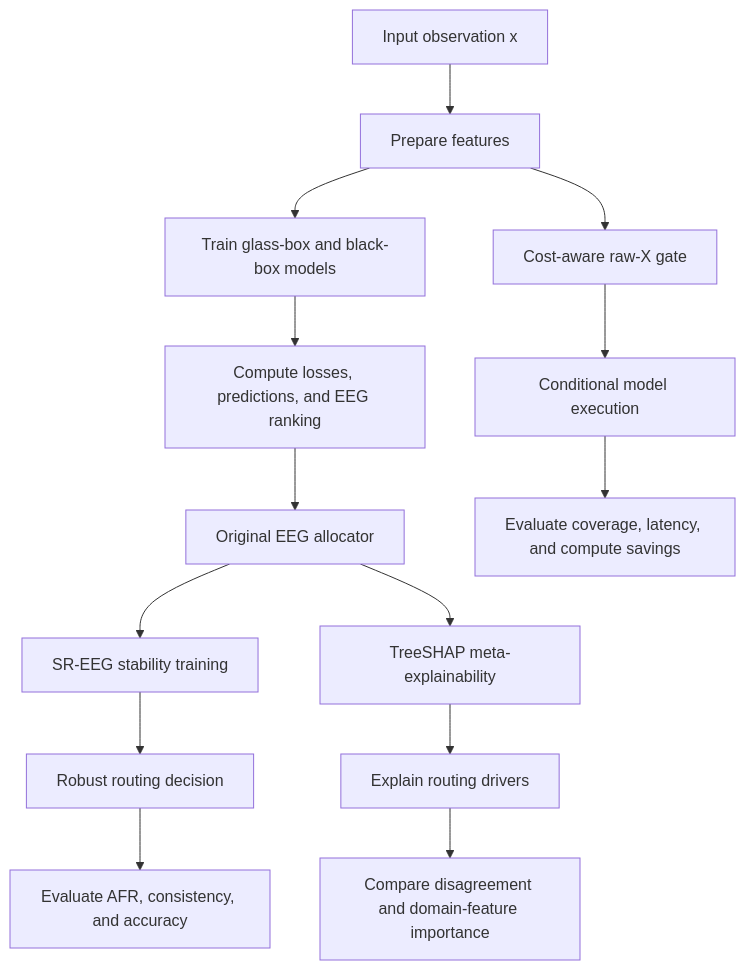
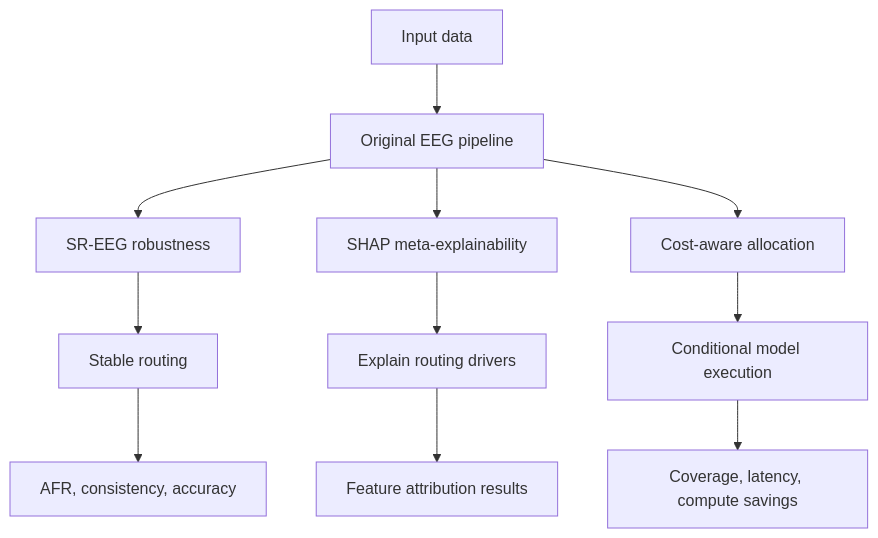
One commit to Akash-Purbhi/XAI-Project changed the diagram in Phase-2/presentation.md. Above: the diagram before and after it, drawn with Mermaid. The commit also changed other lines of this file, not shown here.

````diff
--- a/Phase-2/presentation.md
+++ b/Phase-2/presentation.md
@@ -28,16 +28,13 @@
 ```mermaid
 flowchart TD
-    A[Input observation x] --> B[Prepare features]
-    B --> C[Train glass-box and black-box models]
-    C --> D[Compute losses, predictions, and EEG ranking]
-    D --> E[Original EEG allocator]
-    E --> F[SR-EEG stability training]
-    E --> G[TreeSHAP meta-explainability]
-    B --> H[Cost-aware raw-X gate]
-    F --> I[Robust routing decision]
-    G --> J[Explain routing drivers]
-    H --> K[Conditional model execution]
-    I --> L[Evaluate AFR, consistency, and accuracy]
-    K --> M[Evaluate coverage, latency, and compute savings]
-    J --> N[Compare disagreement and domain-feature importance]
+    A[Input data] --> B[Original EEG pipeline]
+    B --> C[SR-EEG robustness]
+    B --> D[SHAP meta-explainability]
+    B --> E[Cost-aware allocation]
+    C --> F[Stable routing]
+    D --> G[Explain routing drivers]
+    E --> H[Conditional model execution]
+    F --> I[AFR, consistency, accuracy]
+    G --> J[Feature attribution results]
+    H --> K[Coverage, latency, compute savings]
 ```
````
